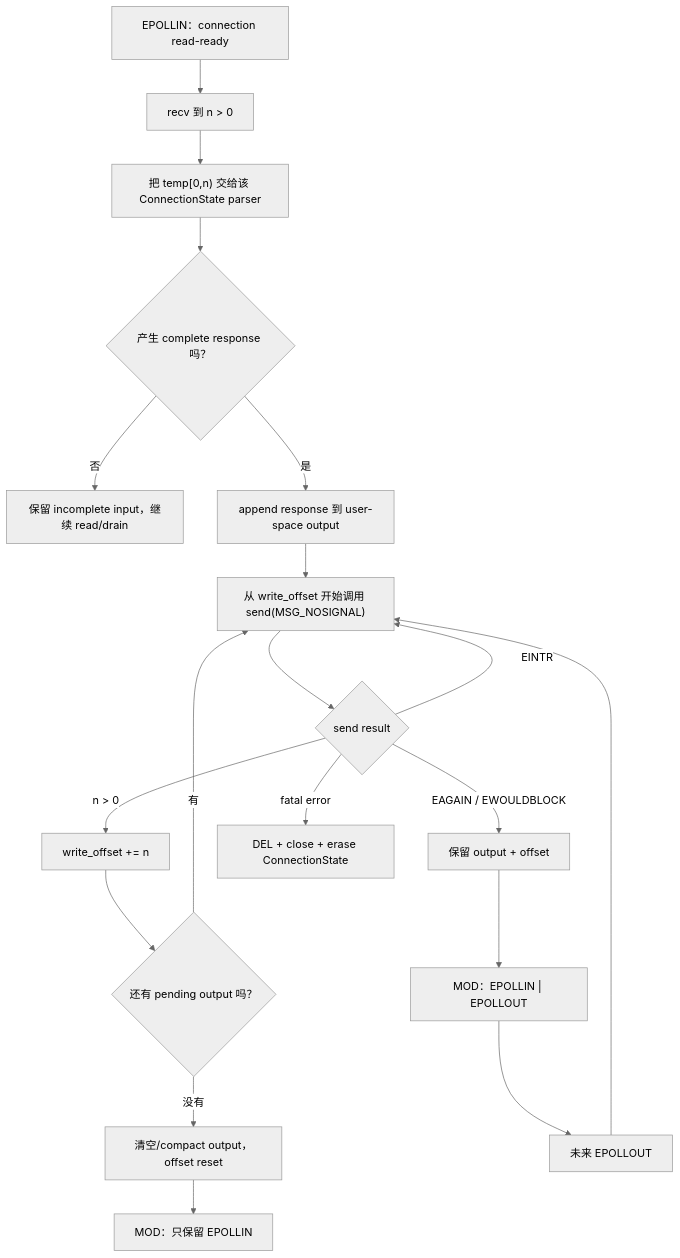
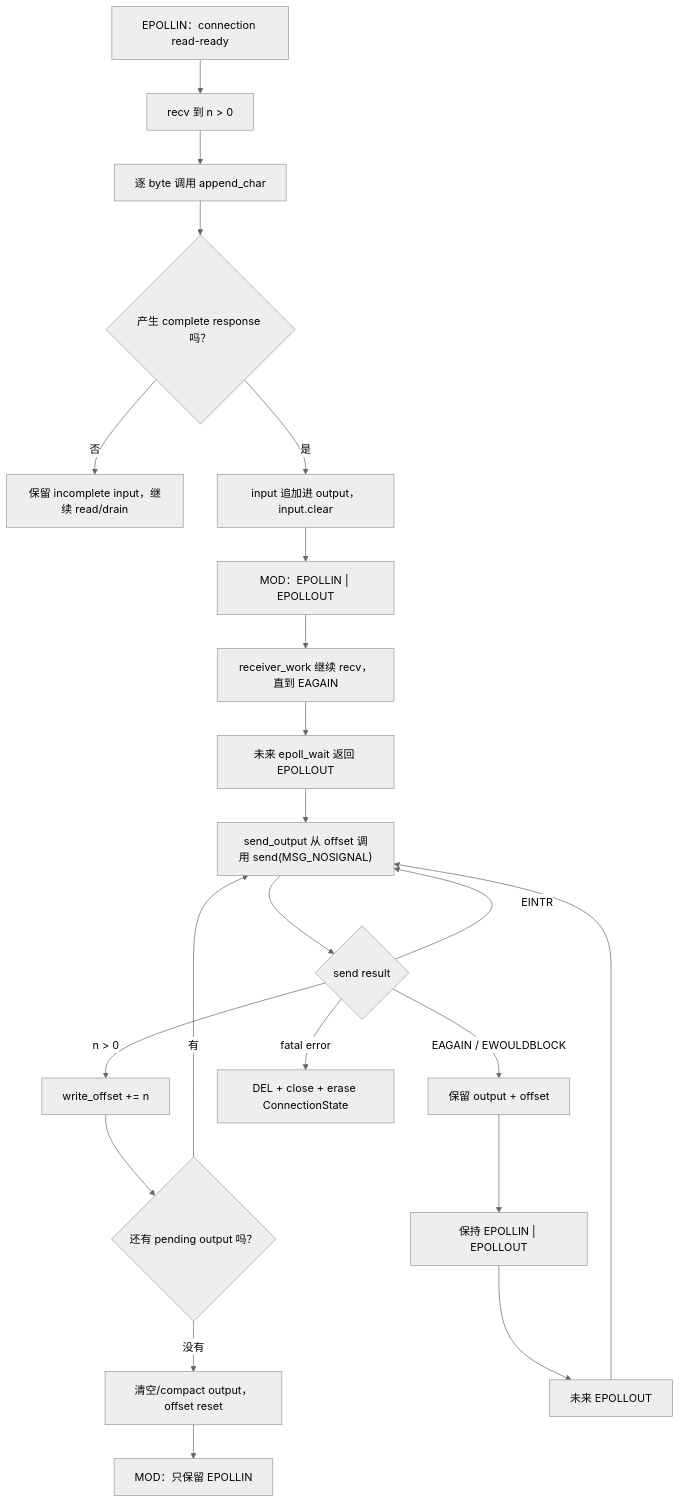
The second of 2 diagrams in week9/day5/day5.md (FxorG00/system-learning-notes), drawn with Mermaid (neutral theme) before and after one commit. The commit also changed other lines of this file and 2 other files, not shown here.

````diff
--- a/week9/day5/day5.md
+++ b/week9/day5/day5.md
@@ -663,21 +768,24 @@
 ```mermaid
 flowchart TD
     A["EPOLLIN：connection read-ready"] --> B["recv 到 n > 0"]
-    B --> C["把 temp[0,n) 交给该 ConnectionState parser"]
+    B --> C["逐 byte 调用 append_char"]
     C --> D{"产生 complete response 吗？"}
     D -->|否| E["保留 incomplete input，继续 read/drain"]
-    D -->|是| F["append response 到 user-space output"]
-    F --> G["从 write_offset 开始调用 send(MSG_NOSIGNAL)"]
+    D -->|是| F["input 追加进 output，input.clear"]
+    F --> Q["MOD：EPOLLIN | EPOLLOUT"]
+    Q --> R["receiver_work 继续 recv，直到 EAGAIN"]
+    R --> S["未来 epoll_wait 返回 EPOLLOUT"]
+    S --> G["send_output 从 offset 调用 send(MSG_NOSIGNAL)"]
     G --> H{"send result"}
     H -->|"n > 0"| I["write_offset += n"]
     I --> J{"还有 pending output 吗？"}
     J -->|有| G
     J -->|没有| K["清空/compact output，offset reset"]
     K --> L["MOD：只保留 EPOLLIN"]
     H -->|"EINTR"| G
     H -->|"EAGAIN / EWOULDBLOCK"| M["保留 output + offset"]
-    M --> N["MOD：EPOLLIN | EPOLLOUT"]
+    M --> N["保持 EPOLLIN | EPOLLOUT"]
     H -->|"fatal error"| O["DEL + close + erase ConnectionState"]
     N --> P["未来 EPOLLOUT"]
     P --> G
 ```
````
